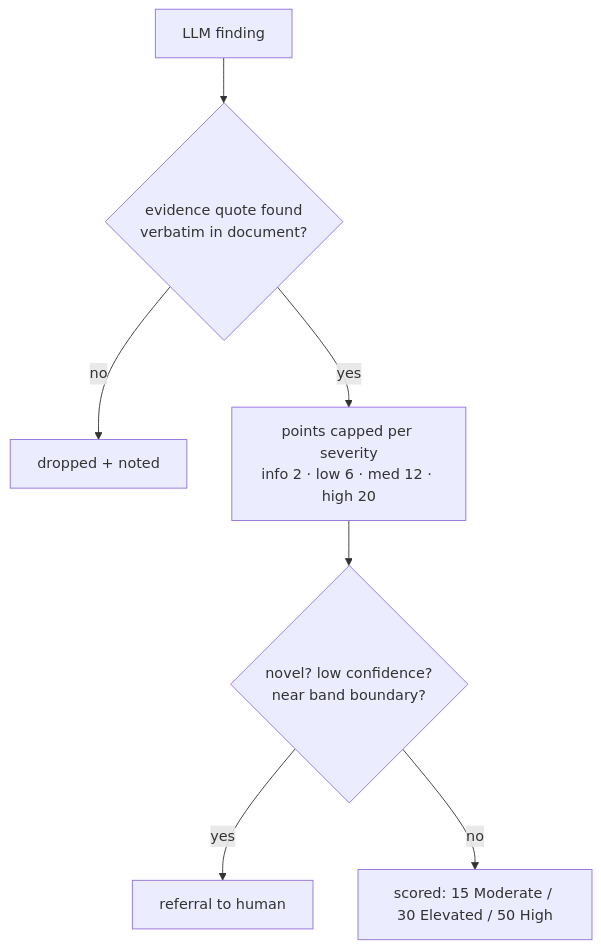
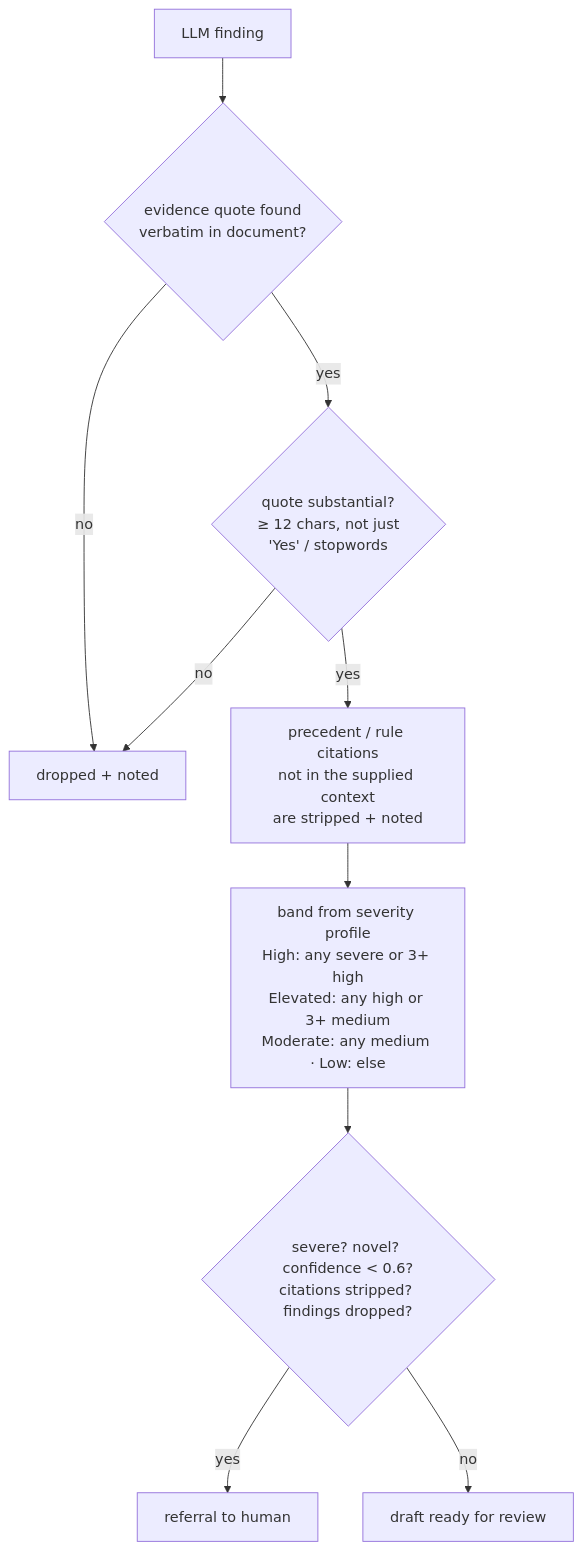
Before and after one commit to GoldenWind8/converge-underwriting: the second of 2 diagrams in docs/ARCHITECTURE.md, drawn with Mermaid. The commit also changed other lines of this file and 44 other files, not shown here.

````diff
--- a/docs/ARCHITECTURE.md
+++ b/docs/ARCHITECTURE.md
@@ -30,9 +42,12 @@
 ```mermaid
 flowchart TD
     F[LLM finding] --> G{evidence quote found<br/>verbatim in document?}
     G -- no --> X[dropped + noted]
-    G -- yes --> H[points capped per severity<br/>info 2 · low 6 · med 12 · high 20]
-    H --> I{novel? low confidence?<br/>near band boundary?}
+    G -- yes --> S{quote substantial?<br/>≥ 12 chars, not just<br/>'Yes' / stopwords}
+    S -- no --> X
+    S -- yes --> Ci[precedent / rule citations<br/>not in the supplied context<br/>are stripped + noted]
+    Ci --> Bd[band from severity profile<br/>High: any severe or 3+ high<br/>Elevated: any high or 3+ medium<br/>Moderate: any medium · Low: else]
+    Bd --> I{severe? novel? confidence < 0.6?<br/>citations stripped? findings dropped?}
     I -- yes --> J[referral to human]
-    I -- no --> K[scored: 15 Moderate / 30 Elevated / 50 High]
+    I -- no --> K[draft ready for review]
 ```
````
